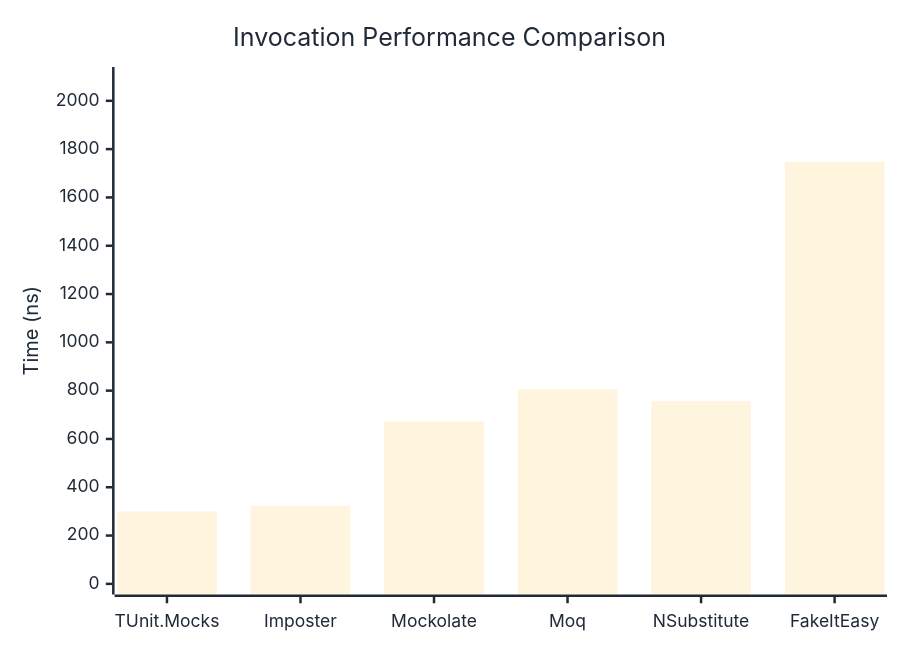
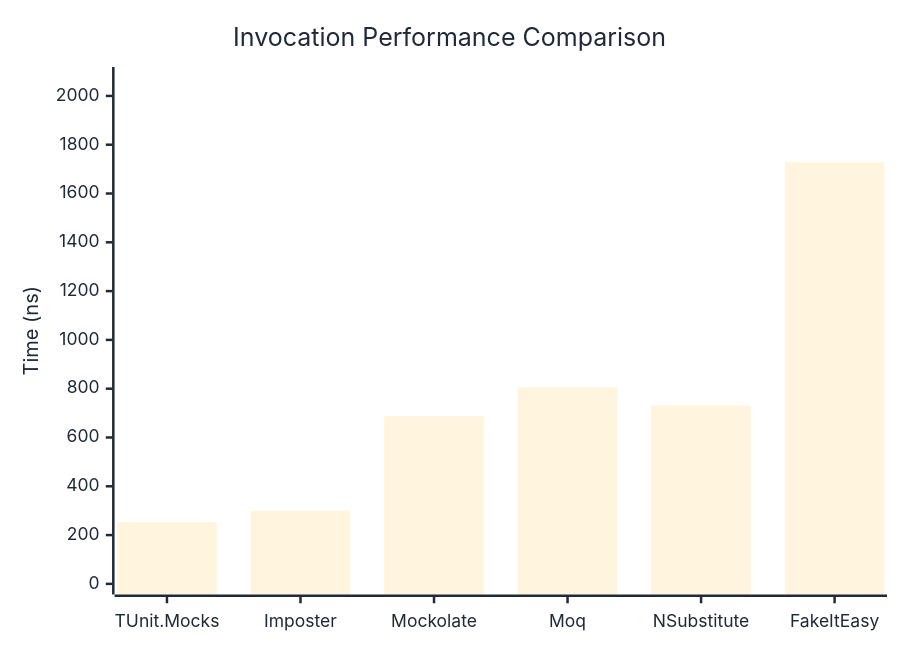
Before and after one commit to thomhurst/TUnit: the first of 3 diagrams in docs/docs/benchmarks/mocks/Invocation.md, drawn with Mermaid. The commit also changed other lines of this file and 14 other files, not shown here.

````diff
--- a/docs/docs/benchmarks/mocks/Invocation.md
+++ b/docs/docs/benchmarks/mocks/Invocation.md
@@ -28,27 +28,27 @@
 ```mermaid
 %%{init: {
   'theme':'base',
   'themeVariables': {
     'primaryColor': '#2563eb',
     'primaryTextColor': '#1f2937',
     'primaryBorderColor': '#1e40af',
     'lineColor': '#6b7280',
     'secondaryColor': '#7c3aed',
     'tertiaryColor': '#dc2626',
     'background': '#ffffff',
     'pie1': '#2563eb',
     'pie2': '#7c3aed',
     'pie3': '#dc2626',
     'pie4': '#f59e0b',
     'pie5': '#10b981',
     'pie6': '#06b6d4',
     'pie7': '#ec4899',
     'pie8': '#6366f1'
   }
 }}%%
 xychart-beta
   title "Invocation Performance Comparison"
   x-axis ["TUnit.Mocks", "Imposter", "Mockolate", "Moq", "NSubstitute", "FakeItEasy"]
-  y-axis "Time (ns)" 0 --> 2096
-  bar [299.7, 323.5, 671.7, 805.6, 756.5, 1746.5]
+  y-axis "Time (ns)" 0 --> 2075
+  bar [253.3, 299.6, 687.1, 805.6, 730.9, 1728.6]
 ```
````
